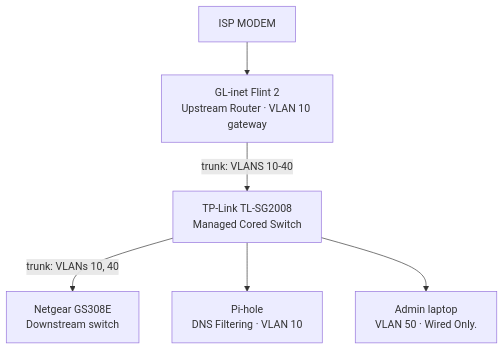
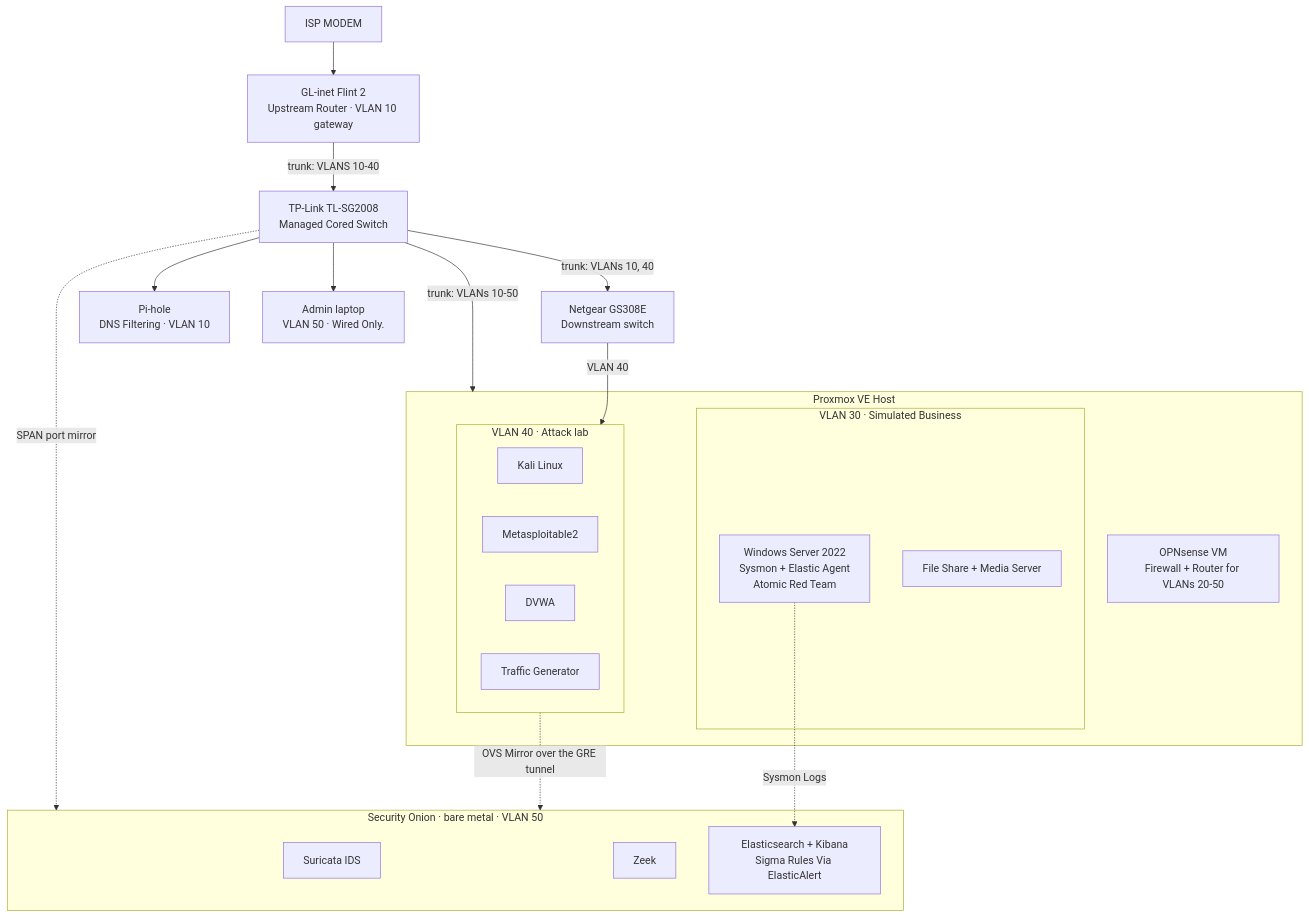
Before and after one commit to cormack42/soc-homelab: the diagram in docs/architecture.md, drawn with Mermaid.

````diff
--- a/docs/architecture.md
+++ b/docs/architecture.md
@@ -27,4 +27,63 @@
 TPL --> LAPTOP[Admin laptop<br/>VLAN 50 · Wired Only.]
 
 
+%%-----------------Layer 2: Proxmox Host--------------------------
+
+%%Ome physical server runs the firewall and every lab machine in VMs/containers.
+
+%%The TP-Link trunks VLANs 10-50 into a single cable.
+
+subgraph PVE[Proxmox VE Host]
+
+  %%OPNsense is the firewall/router for vlans 20-50.
+  %%Its "WAN" side sits on VLAN 10 behind Flint 2 ROuter, not the real internet.
+  OPN[OPNsense VM<br/>Firewall + Router for VLANs 20-50]
+
+  %%VLAN 30 plays a small business: the Windows Server is the real monitored endpoint
+  %%Where Atomic Red Team simulates attacker TTPs.
+  subgraph V30[VLAN 30 · Simulated Business]
+    WIN[Windows Server 2022<br/>Sysmon + Elastic Agent<br/>Atomic Red Team]
+    FS[File Share + Media Server]
+  end
+
+  %%VLAN 40 is the isolated attack range: an attacker bot, intentionally
+  %%Vulnerable targets, and a container that generates background traffic.
+    subgraph V40[VLAN 40 · Attack lab]
+      KALI[Kali Linux]
+      MS2[Metasploitable2]
+      DVWA[DVWA]
+      NOISE[Traffic Generator]
+    end
+  end
+
+TPL -->| trunk: VLANs 10-50| PVE
+
+%%The attack lab also has its own uplink from the netgear on a separate adapter.
+NG -->|VLAN 40| V40
+
+%%---------------Layer 3: Security Onion----------------------
+
+%%Dedicated bare-metal sensor + SIEM, reachable only from the Management VLAN.
+
+subgraph SO[Security Onion · bare metal · VLAN 50]
+  SUR[Suricata IDS]
+  ZEEL[Zeek]
+  ELK[Elasticsearch + Kibana<br/>Sigma Rules Via ElasticAlert]
+end
+
+%%---------------------Layor 4: How Security Onion sees everything----------------------
+
+%%Dotted arrows = copies of traffic or logs, not normal network paths.
+
+%%1. The TP-Link copies traffic from its ports to Security Onions Monitor port.
+TPL -. SPAN port mirror .-> SO
+
+%%2. VM-to-VM traffic inside Proxmox never touches the switch, so Open vSwitch
+%%mirrors VLAN 40 and sends the copy to Security Onion through a GRE tunnel.
+V40 -. OVS Mirror over the GRE tunnel .-> SO
+
+%%3. Host activity on the Windows Server is logged by Sysmon and shipped by Elastic Agent.
+WIN -. Sysmon Logs .-> ELK
+
+
 ```
````
